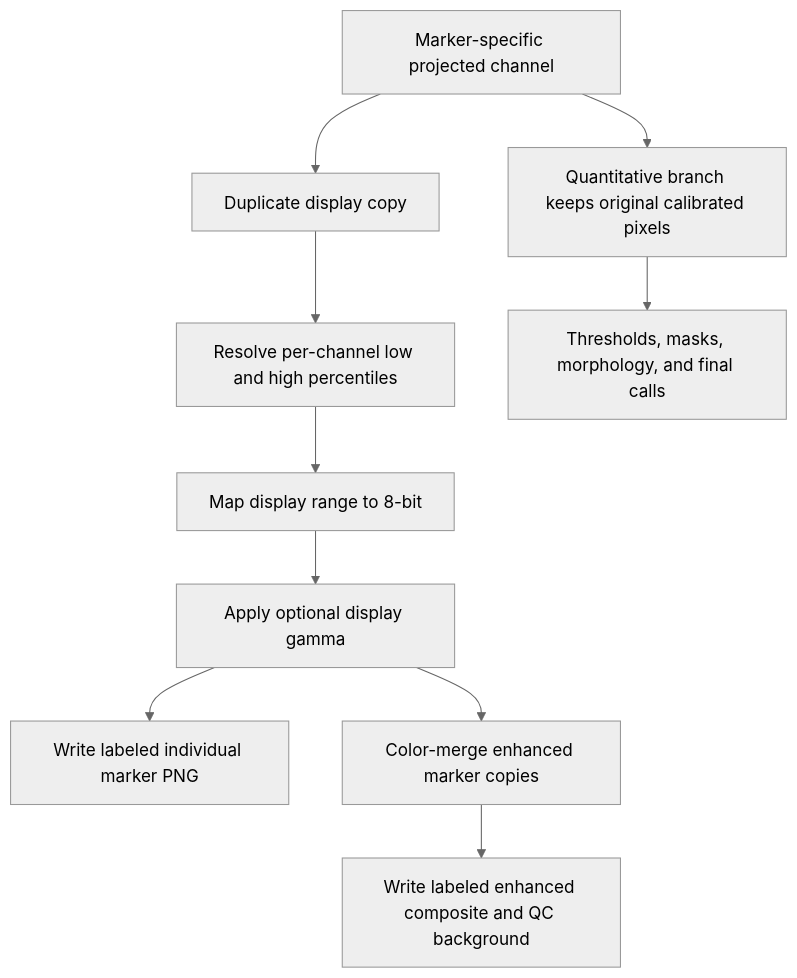
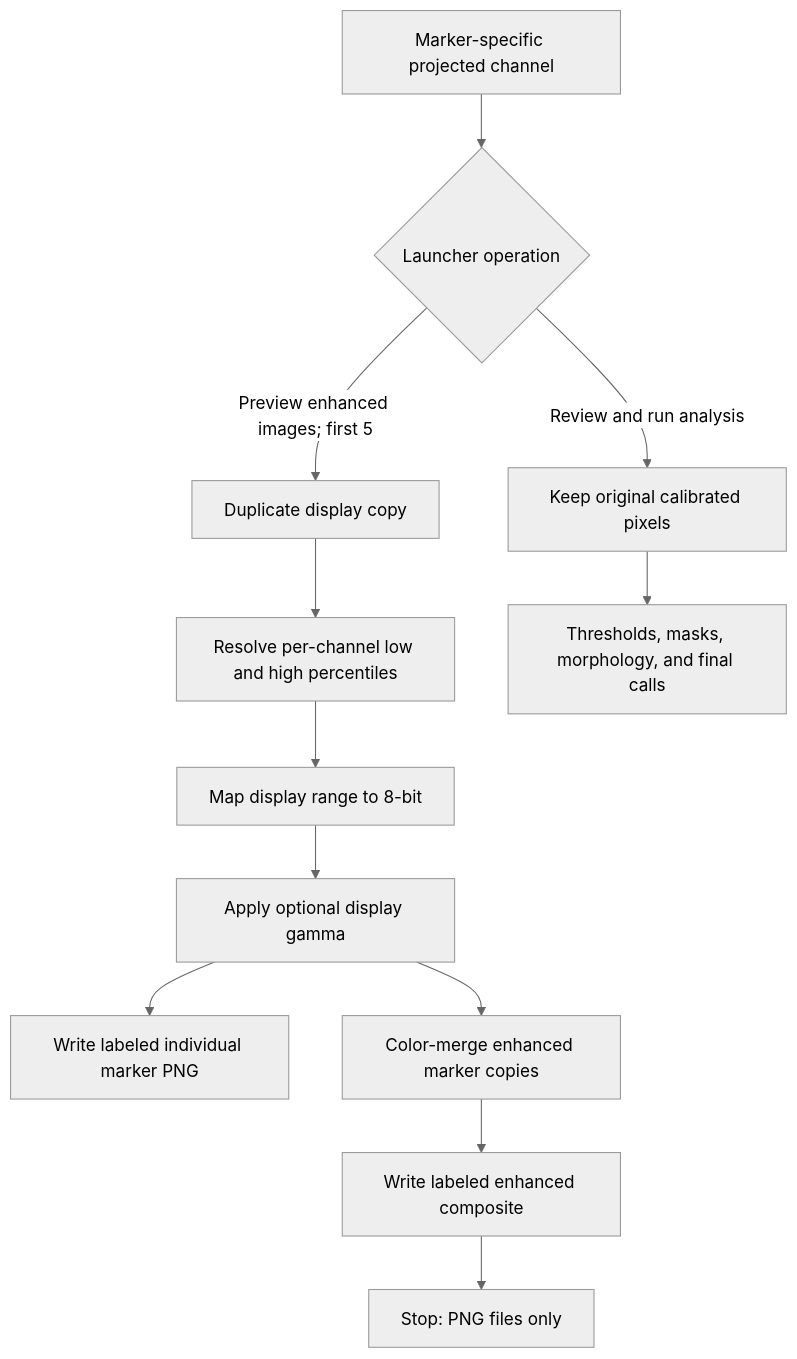
The third of 3 diagrams in WORKFLOW.md (xorca0711/IFQuant-Lung), drawn with Mermaid (neutral theme) before and after one commit. The commit also changed other lines of this file and 11 other files, not shown here.

Commit message:
Add five-image enhanced preview mode

````diff
--- a/WORKFLOW.md
+++ b/WORKFLOW.md
@@ -253,12 +253,14 @@
 ```mermaid
 flowchart TD
-    A[Marker-specific projected channel] --> B[Quantitative branch keeps original calibrated pixels]
-    A --> C[Duplicate display copy]
+    A[Marker-specific projected channel] --> P{Launcher operation}
+    P -->|Review and run analysis| B[Keep original calibrated pixels]
+    P -->|Preview enhanced images; first 5| C[Duplicate display copy]
     C --> D[Resolve per-channel low and high percentiles]
     D --> E[Map display range to 8-bit]
     E --> F[Apply optional display gamma]
     F --> G[Write labeled individual marker PNG]
     F --> H[Color-merge enhanced marker copies]
-    H --> I[Write labeled enhanced composite and QC background]
+    H --> I[Write labeled enhanced composite]
+    I --> Q[Stop: PNG files only]
     B --> J[Thresholds, masks, morphology, and final calls]
 ```
````
